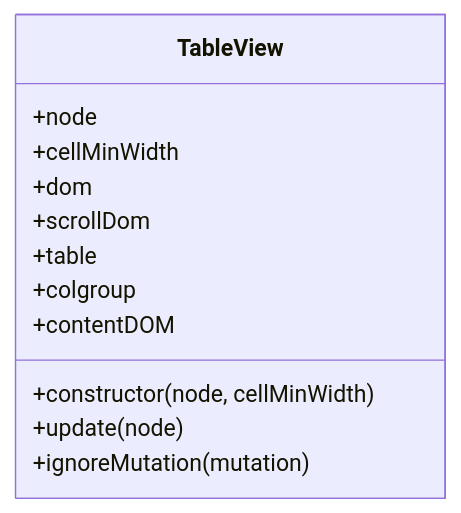
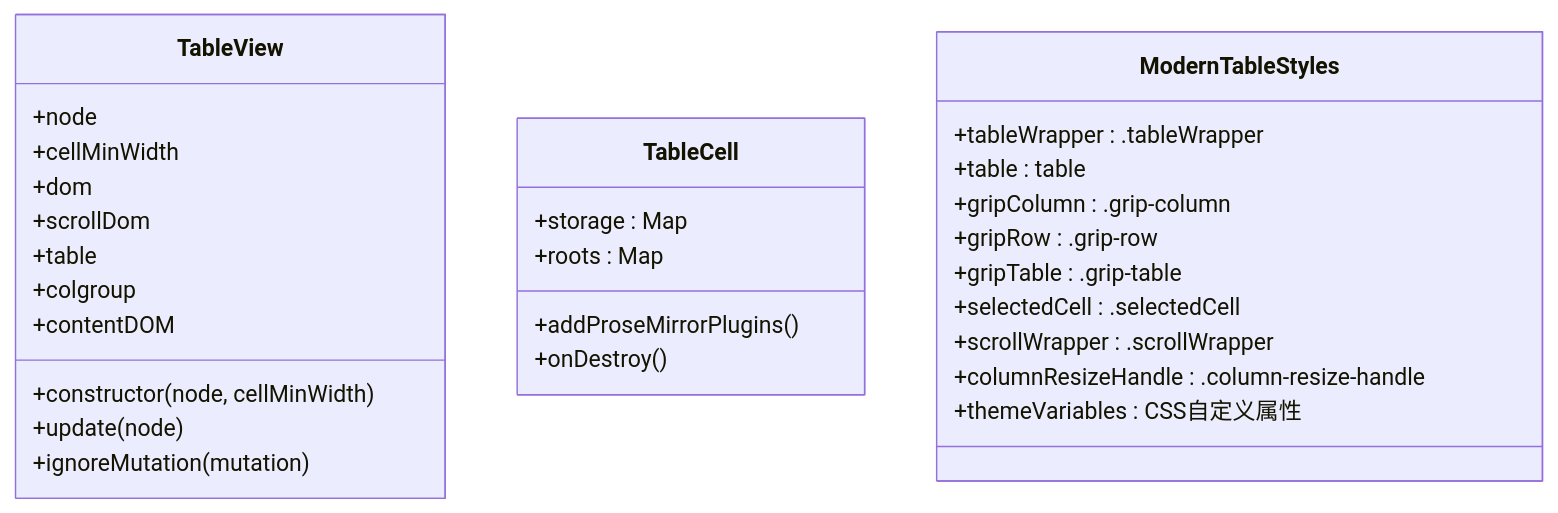
Before and after one commit to LRF0422/Kotion: the seventh of 15 diagrams in .qoder/repowiki/zh/content/架构设计/编辑器内核架构/编辑器渲染机制.md, drawn with Mermaid. The commit also changed other lines of this file and 75 other files, not shown here.

````diff
--- a/.qoder/repowiki/zh/content/架构设计/编辑器内核架构/编辑器渲染机制.md
+++ b/.qoder/repowiki/zh/content/架构设计/编辑器内核架构/编辑器渲染机制.md
@@ -199,15 +433,32 @@
 ```mermaid
 classDiagram
 class TableView {
 +node
 +cellMinWidth
 +dom
 +scrollDom
 +table
 +colgroup
 +contentDOM
 +constructor(node, cellMinWidth)
 +update(node)
 +ignoreMutation(mutation)
 }
+class TableCell {
++addProseMirrorPlugins()
++storage : Map
++roots : Map
++onDestroy()
+}
+class ModernTableStyles {
++tableWrapper : .tableWrapper
++table : table
++gripColumn : .grip-column
++gripRow : .grip-row
++gripTable : .grip-table
++selectedCell : .selectedCell
++scrollWrapper : .scrollWrapper
++columnResizeHandle : .column-resize-handle
++themeVariables : CSS自定义属性
+}
 ```
````
